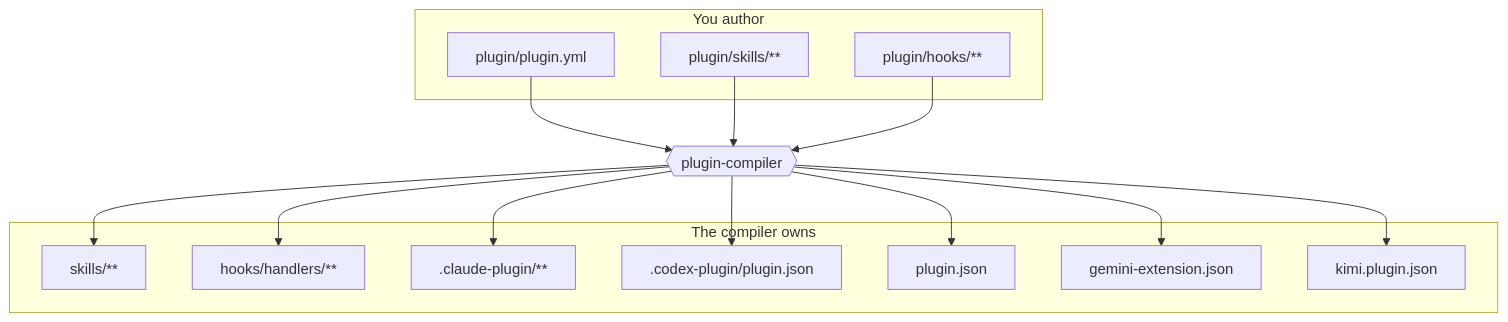
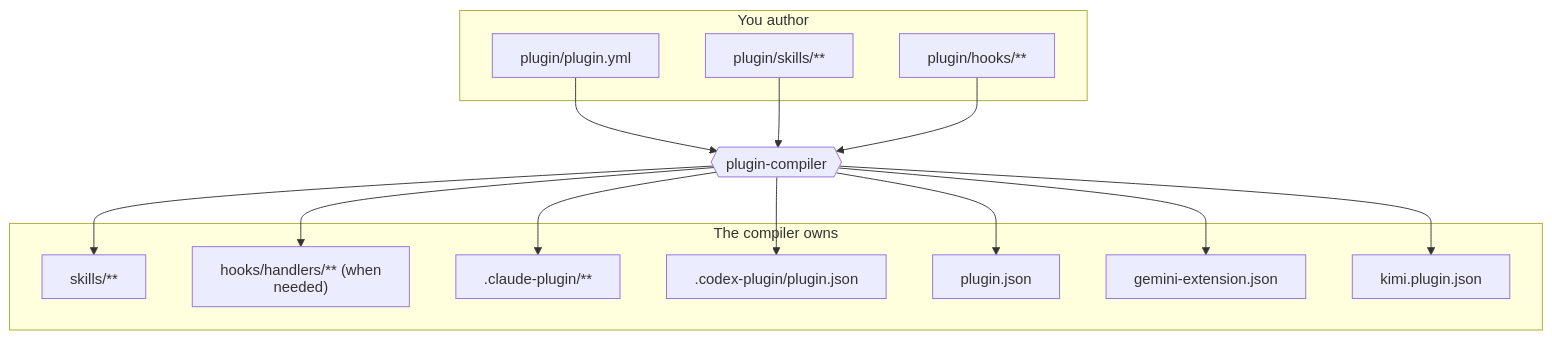
Before and after one commit to fam-tung-lam/ptlam-agent-plugin-compiler: the diagram in README.md, drawn with Mermaid. The commit also changed other lines of this file and 11 other files, not shown here.

````diff
--- a/README.md
+++ b/README.md
@@ -84,35 +106,35 @@
 ```mermaid
 ---
 config:
   htmlLabels: false
 ---
 flowchart TD
     subgraph Authored["You author"]
         PluginManifest["plugin/plugin.yml"]
         SkillSources["plugin/skills/**"]
         HookSources["plugin/hooks/**"]
     end
 
     AgentPluginCompiler{{"plugin-compiler"}}
 
     subgraph Generated["The compiler owns"]
         SharedSkills["skills/**"]
-        SharedHooks["hooks/handlers/**"]
+        SharedHooks["hooks/handlers/** (when needed)"]
         ClaudePlugin[".claude-plugin/**"]
         CodexPlugin[".codex-plugin/plugin.json"]
         CopilotPlugin["plugin.json"]
         GeminiExtension["gemini-extension.json"]
         KimiPlugin["kimi.plugin.json"]
     end
 
     PluginManifest --> AgentPluginCompiler
     SkillSources --> AgentPluginCompiler
     HookSources --> AgentPluginCompiler
     AgentPluginCompiler --> SharedSkills
     AgentPluginCompiler --> SharedHooks
     AgentPluginCompiler --> ClaudePlugin
     AgentPluginCompiler --> CodexPlugin
     AgentPluginCompiler --> CopilotPlugin
     AgentPluginCompiler --> GeminiExtension
     AgentPluginCompiler --> KimiPlugin
 ```
````
